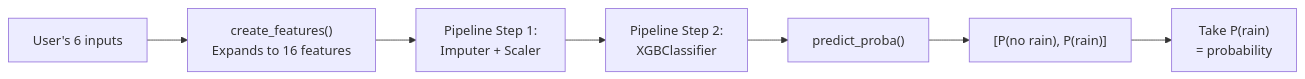
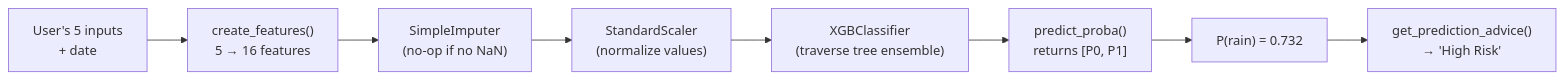
One commit to ayushsyntax/SkyCast changed the sixth of 7 diagrams in docs/PROJECT_WALKTHROUGH.md. Above: the diagram before and after it, drawn with Mermaid. The commit also changed other lines of this file and 1 other file, not shown here.

````diff
--- a/docs/PROJECT_WALKTHROUGH.md
+++ b/docs/PROJECT_WALKTHROUGH.md
@@ -538,9 +957,10 @@
 ```mermaid
 flowchart LR
-    A["User's 6 inputs"] --> B["create_features()\nExpands to 16 features"]
-    B --> C["Pipeline Step 1:\nImputer + Scaler"]
-    C --> D["Pipeline Step 2:\nXGBClassifier"]
-    D --> E["predict_proba()"]
-    E --> F["[P(no rain), P(rain)]"]
-    F --> G["Take P(rain)\n= probability"]
+    A["User's 5 inputs<br/>+ date"] --> B["create_features()<br/>5 → 16 features"]
+    B --> C["SimpleImputer<br/>(no-op if no NaN)"]
+    C --> D["StandardScaler<br/>(normalize values)"]
+    D --> E["XGBClassifier<br/>(traverse tree ensemble)"]
+    E --> F["predict_proba()<br/>returns [P0, P1]"]
+    F --> G["P(rain) = 0.732"]
+    G --> H["get_prediction_advice()<br/>→ 'High Risk'"]
 ```
````
